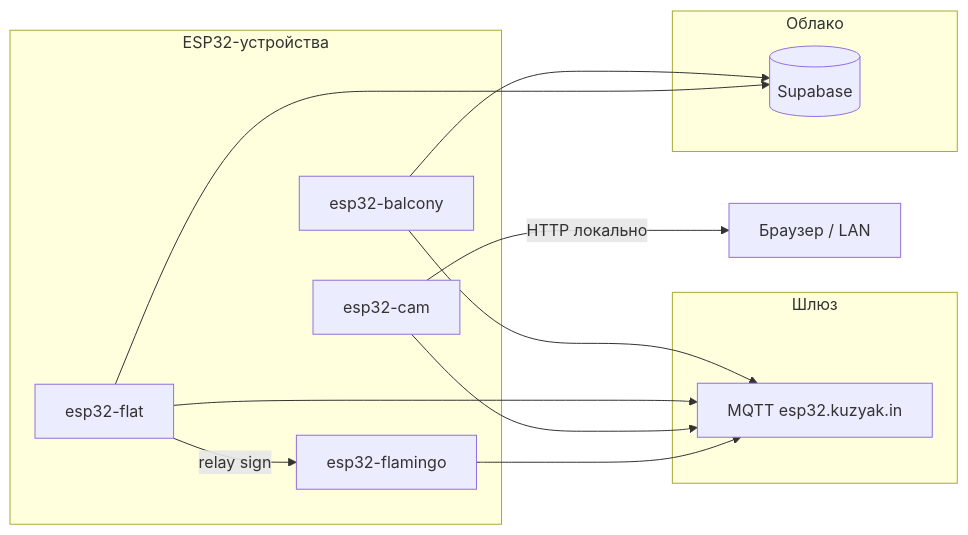
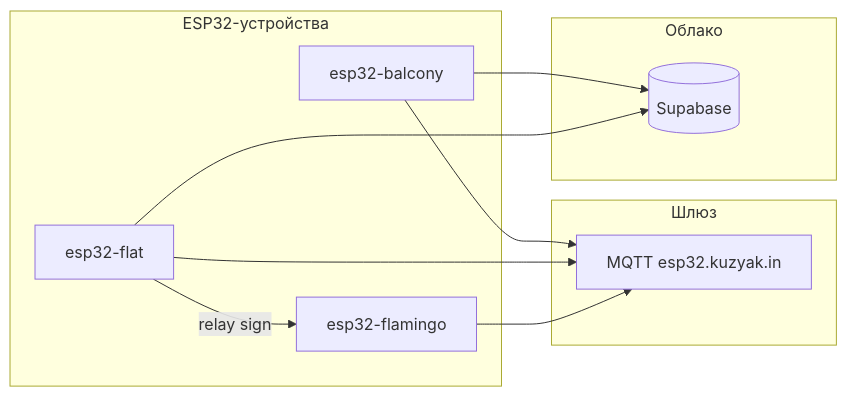
Before and after one commit to iposho/arduino: the diagram in README.md, drawn with Mermaid. The commit also changed other lines of this file and 7 other files, not shown here.

First line of the commit message:
chore: вывести esp32_cam из репозитория (#1)

````diff
--- a/README.md
+++ b/README.md
@@ -9,26 +9,23 @@
 ```mermaid
 flowchart LR
   subgraph devices [ESP32-устройства]
     B[esp32-balcony]
     F[esp32-flat]
-    C[esp32-cam]
     FG[esp32-flamingo]
   end
 
   subgraph hub [Шлюз]
   M[MQTT esp32.kuzyak.in]
   end
 
   subgraph cloud [Облако]
   S[(Supabase)]
   end
 
   B --> M
   F --> M
-  C --> M
   FG --> M
   F -->|relay sign| FG
   B --> S
   F --> S
-  C -->|HTTP локально| U[Браузер / LAN]
 ```
````
